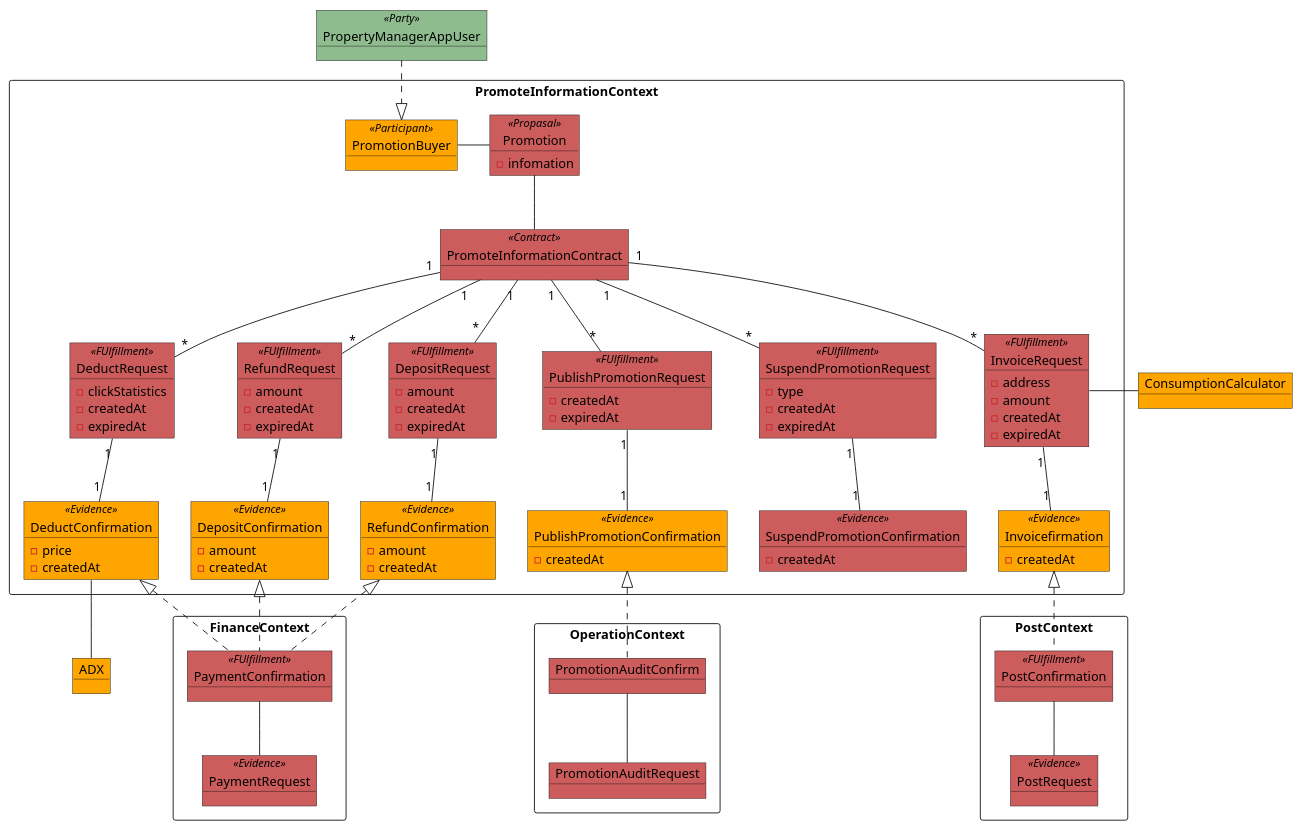
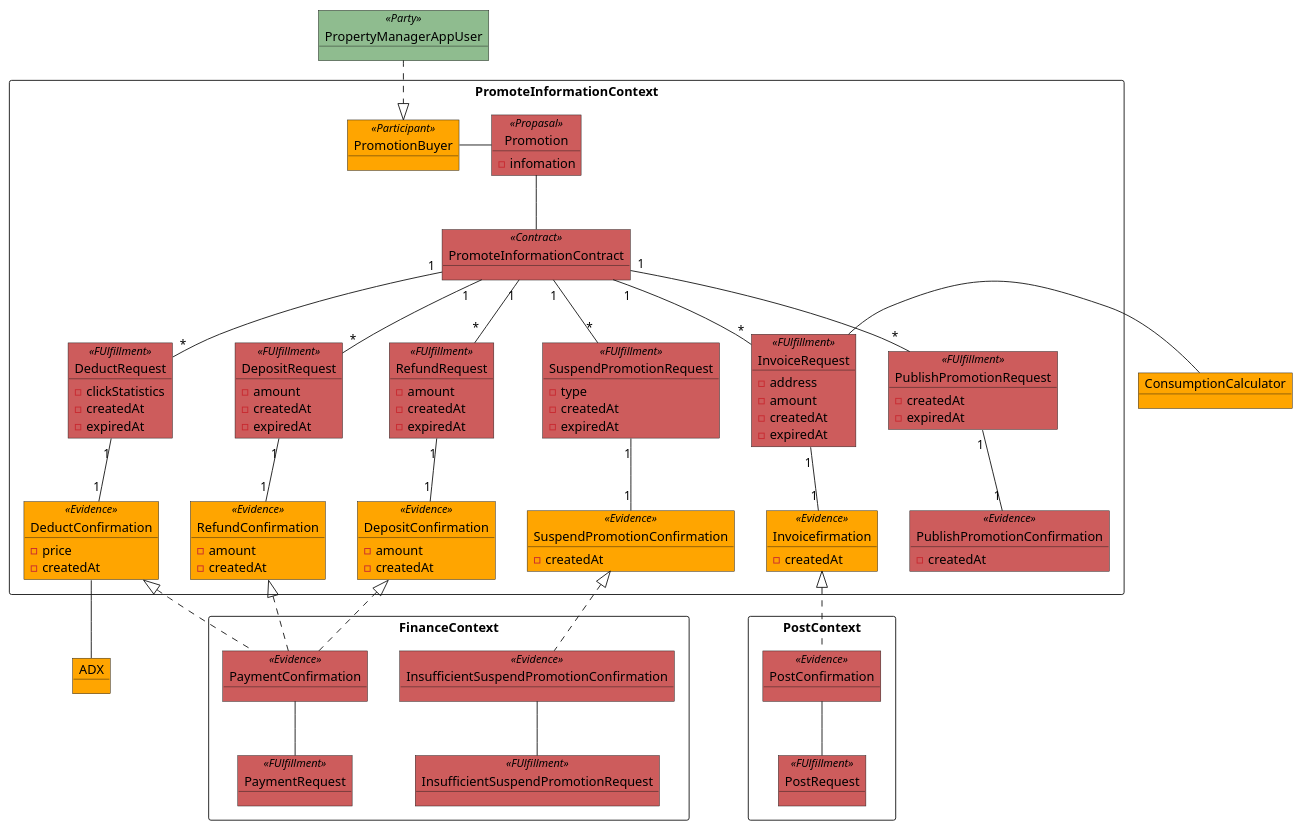
Before and after one commit to scglwsj/seele: the third of 3 diagrams in 8x/thought_tenement.puml, drawn with PlantUML. The commit also changed other lines of this file, not shown here.

Commit message:
version 5

```diff
--- a/8x/thought_tenement.puml
+++ b/8x/thought_tenement.puml
@@ -185,124 +179,120 @@
 @startuml promote_information
 package PromoteInformationContext <<Rectangle>> {
   object PromotionBuyer <<Participant>> #Orange
   object PromoteInformationContract <<Contract>> #IndianRed
 
   object Promotion <<Propasal>> #IndianRed {
     - infomation
   }
 
   object DeductRequest <<FUlfillment>> #IndianRed {
     - clickStatistics
     - createdAt
     - expiredAt
   }
 
-  object DeductConfirmation<<Evidence>> #Orange {
+  object DeductConfirmation <<Evidence>> #Orange {
     - price
     - createdAt
   }
 
-  object DepositRequest<<FUlfillment>> #IndianRed {
+  object DepositRequest <<FUlfillment>> #IndianRed {
     - amount
     - createdAt
     - expiredAt
   }
 
-  object DepositConfirmation<<Evidence>> #Orange {
+  object DepositConfirmation <<Evidence>> #Orange {
     - amount
     - createdAt
   }
 
-  object RefundRequest<<FUlfillment>> #IndianRed {
+  object RefundRequest <<FUlfillment>> #IndianRed {
     - amount
     - createdAt
     - expiredAt
   }
 
-  object RefundConfirmation<<Evidence>> #Orange {
+  object RefundConfirmation <<Evidence>> #Orange {
     - amount
     - createdAt
   }
 
   object PublishPromotionRequest <<FUlfillment>> #IndianRed {
     - createdAt
     - expiredAt
   }
 
-  object PublishPromotionConfirmation<<Evidence>> #Orange {
+  object PublishPromotionConfirmation <<Evidence>> #IndianRed {
     - createdAt
   }
 
   object SuspendPromotionRequest <<FUlfillment>> #IndianRed {
     - type
     - createdAt
     - expiredAt
   }
 
-  object SuspendPromotionConfirmation<<Evidence>> #IndianRed {
+  object SuspendPromotionConfirmation <<Evidence>> #Orange {
     - createdAt
   }
 
   object InvoiceRequest <<FUlfillment>> #IndianRed {
     - address
     - amount
     - createdAt
     - expiredAt
   }
 
-  object Invoicefirmation<<Evidence>> #Orange {
+  object Invoicefirmation <<Evidence>> #Orange {
     - createdAt
   }
 
   PromoteInformationContract "1" -- "*" DepositRequest
   RefundRequest "1" -- "1" DepositConfirmation
   PromoteInformationContract "1" -- "*" RefundRequest
   DepositRequest "1" -- "1" RefundConfirmation
   PromoteInformationContract "1" -- "*" PublishPromotionRequest
   PublishPromotionRequest "1" -- "1" PublishPromotionConfirmation
   PromoteInformationContract "1" -- "*" SuspendPromotionRequest
   SuspendPromotionRequest "1" -- "1" SuspendPromotionConfirmation
   PromoteInformationContract "1" -- "*" DeductRequest
   DeductRequest "1" -- "1" DeductConfirmation
   PublishPromotionRequest -right[hidden]- SuspendPromotionRequest
   SuspendPromotionRequest -right[hidden]- InvoiceRequest
   PromoteInformationContract "1" -- "*" InvoiceRequest
   InvoiceRequest "1" -- "1" Invoicefirmation
   Promotion -- PromoteInformationContract
   PromotionBuyer -right- Promotion
 }
 
 package FinanceContext <<Rectangle>> {
-  object PaymentRequest <<Evidence>> #IndianRed
-  object PaymentConfirmation <<FUlfillment>> #IndianRed
+  object PaymentRequest <<FUlfillment>> #IndianRed
+  object PaymentConfirmation <<Evidence>> #IndianRed
+  object InsufficientSuspendPromotionRequest <<FUlfillment>> #IndianRed
+  object InsufficientSuspendPromotionConfirmation <<Evidence>> #IndianRed
 
   PaymentConfirmation -- PaymentRequest
+  InsufficientSuspendPromotionConfirmation -- InsufficientSuspendPromotionRequest
 }
 
 package PostContext <<Rectangle>> {
-  object PostRequest <<Evidence>> #IndianRed
-  object PostConfirmation <<FUlfillment>> #IndianRed
+  object PostRequest <<FUlfillment>> #IndianRed
+  object PostConfirmation <<Evidence>> #IndianRed
 
   PostConfirmation -- PostRequest
-}
-
-package OperationContext <<Rectangle>> {
-  object PromotionAuditRequest #IndianRed
-  object PromotionAuditConfirm #IndianRed
-
-  PromotionAuditConfirm -- PromotionAuditRequest
 }
 
 object PropertyManagerAppUser <<Party>> #DarkSeaGreen
 object ConsumptionCalculator #Orange
 object ADX #Orange
 
 PropertyManagerAppUser ..^ PromotionBuyer
 DeductConfirmation ^.. PaymentConfirmation
 DepositConfirmation ^.. PaymentConfirmation
 RefundConfirmation ^.. PaymentConfirmation
+SuspendPromotionConfirmation ^.. InsufficientSuspendPromotionConfirmation
 InvoiceRequest -right- ConsumptionCalculator
 DeductConfirmation -- ADX
 Invoicefirmation ^.. PostConfirmation
-PublishPromotionConfirmation ^.. PromotionAuditConfirm
 @enduml promote_information
```
